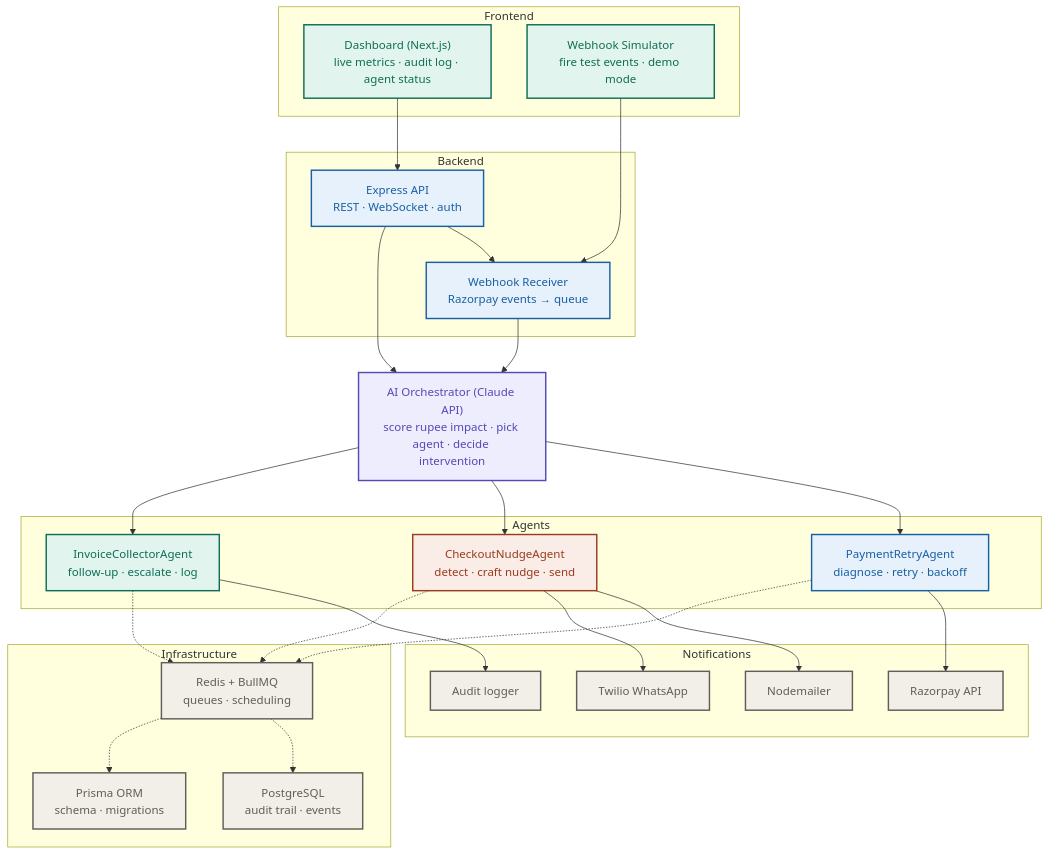
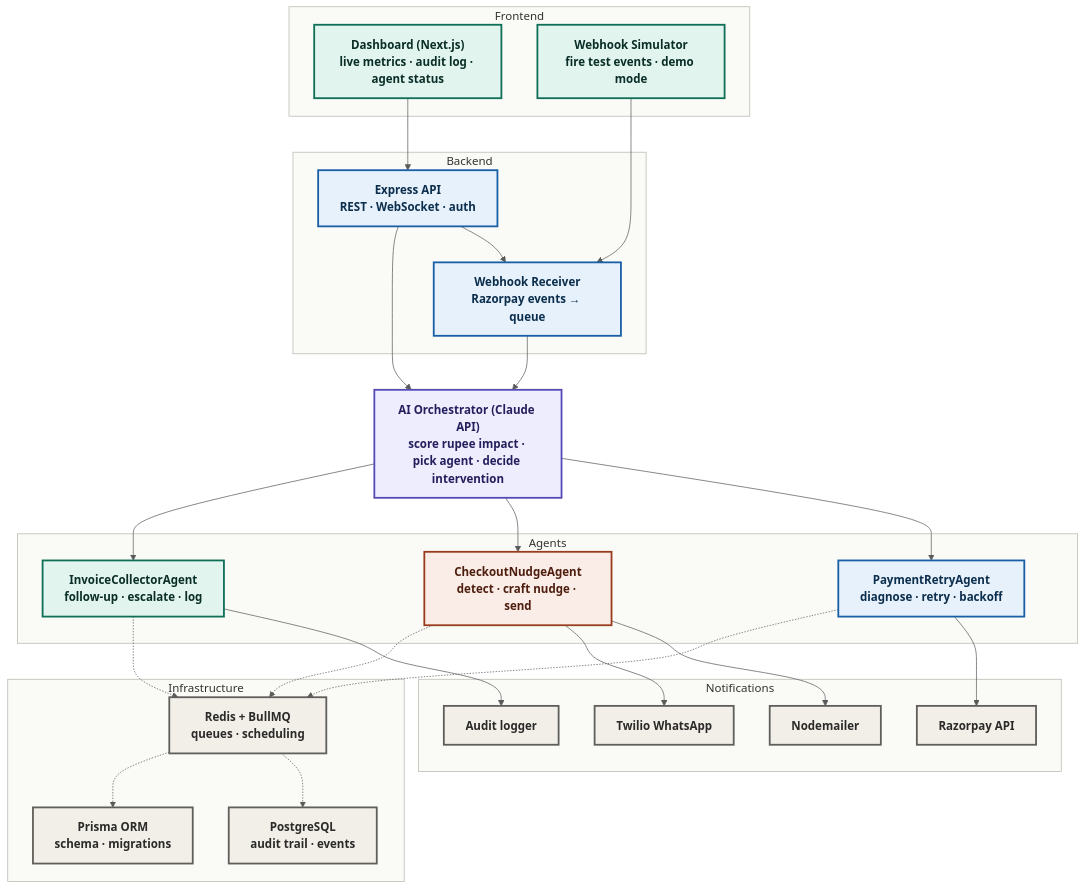
One commit to abhishekck31/RevenueRadar changed the diagram in docs/architecture.mmd. Above: the diagram before and after it, drawn with Mermaid. The commit also changed 1 other file, not shown here.

Commit message:
Improve architecture diagram legibility
Bumps stroke width, uses near-black text colors, and bolds node
titles via classDef font-weight (CSS, not HTML tags — GitHub's
Mermaid renderer runs in a stricter security mode that can strip
raw <b> tags, so this keeps the diagram portable across GitHub,
local rendering, and the Excalidraw Mermaid importer). Adds an
init directive for larger base font size and a higher-contrast
cluster background so the section labels (Frontend, Backend,
Agents, ...) read clearly too. Drops the static PNG embed in
favor of the live-rendered version, since GitHub renders mermaid
fences natively and it stays in sync with the source automatically.

Verified by rendering through @mermaid-js/mermaid-cli after each
change — an early attempt at forcing box order with invisible
~~~ edges broke the clean row layout into a scrambled vertical
stack, so that was reverted in favor of Mermaid's own auto-layout.

Claude-Session: https://claude.ai/code/session_01SEKd4XNXPsVnqrPoX7gLJn

```diff
--- a/docs/architecture.mmd
+++ b/docs/architecture.mmd
@@ -1,68 +1,69 @@
+%%{init: {"flowchart": {"curve": "basis"}, "themeVariables": {"fontSize": "16px", "fontFamily": "Trebuchet MS, Verdana, Arial, sans-serif", "clusterBkg": "#FAFAF7", "clusterBorder": "#B8B5AC", "edgeLabelBackground": "#ffffff", "lineColor": "#5A5A5A"}} }%%
 flowchart TD
     subgraph Frontend["Frontend"]
         Dashboard["Dashboard (Next.js)<br/>live metrics · audit log · agent status"]
         Simulator["Webhook Simulator<br/>fire test events · demo mode"]
     end
 
     subgraph Backend["Backend"]
         API["Express API<br/>REST · WebSocket · auth"]
         Receiver["Webhook Receiver<br/>Razorpay events → queue"]
     end
 
     Orchestrator["AI Orchestrator (Claude API)<br/>score rupee impact · pick agent · decide intervention"]
 
     subgraph Agents["Agents"]
         Payment["PaymentRetryAgent<br/>diagnose · retry · backoff"]
         Checkout["CheckoutNudgeAgent<br/>detect · craft nudge · send"]
         Invoice["InvoiceCollectorAgent<br/>follow-up · escalate · log"]
     end
 
     subgraph Notifications["Notifications"]
         Razorpay["Razorpay API"]
         Mailer["Nodemailer"]
         Twilio["Twilio WhatsApp"]
         AuditLog["Audit logger"]
     end
 
     subgraph Infra["Infrastructure"]
         Postgres["PostgreSQL<br/>audit trail · events"]
         Redis["Redis + BullMQ<br/>queues · scheduling"]
         Prisma["Prisma ORM<br/>schema · migrations"]
     end
 
     Dashboard --> API
     Simulator --> Receiver
     API --> Receiver
     API --> Orchestrator
     Receiver --> Orchestrator
 
     Orchestrator --> Payment
     Orchestrator --> Checkout
     Orchestrator --> Invoice
 
     Payment --> Razorpay
     Checkout --> Mailer
     Checkout --> Twilio
     Invoice --> AuditLog
 
     Payment -.-> Redis
     Checkout -.-> Redis
     Invoice -.-> Redis
     Redis -.-> Postgres
     Redis -.-> Prisma
 
-    classDef frontend fill:#E1F5EE,stroke:#0F6E56,stroke-width:2px,color:#0F6E56;
-    classDef backend fill:#E6F1FB,stroke:#185FA5,stroke-width:2px,color:#185FA5;
-    classDef orch fill:#EEEDFE,stroke:#534AB7,stroke-width:2px,color:#534AB7;
-    classDef payment fill:#E6F1FB,stroke:#185FA5,stroke-width:2px,color:#185FA5;
-    classDef checkout fill:#FAECE7,stroke:#993C1D,stroke-width:2px,color:#993C1D;
-    classDef invoice fill:#E1F5EE,stroke:#0F6E56,stroke-width:2px,color:#0F6E56;
-    classDef infra fill:#F1EFE8,stroke:#5F5E5A,stroke-width:2px,color:#5F5E5A;
+    classDef frontend fill:#E1F5EE,stroke:#0F6E56,stroke-width:2.5px,color:#0A2E27,font-weight:bold;
+    classDef backend fill:#E6F1FB,stroke:#185FA5,stroke-width:2.5px,color:#0C2E4D,font-weight:bold;
+    classDef orch fill:#EEEDFE,stroke:#534AB7,stroke-width:2.5px,color:#241F5C,font-weight:bold;
+    classDef payment fill:#E6F1FB,stroke:#185FA5,stroke-width:2.5px,color:#0C2E4D,font-weight:bold;
+    classDef checkout fill:#FAECE7,stroke:#993C1D,stroke-width:2.5px,color:#4D1E0E,font-weight:bold;
+    classDef invoice fill:#E1F5EE,stroke:#0F6E56,stroke-width:2.5px,color:#0A2E27,font-weight:bold;
+    classDef infra fill:#F1EFE8,stroke:#5F5E5A,stroke-width:2.5px,color:#2B2A28,font-weight:bold;
 
     class Dashboard,Simulator frontend;
     class API,Receiver backend;
     class Orchestrator orch;
     class Payment payment;
     class Checkout checkout;
     class Invoice invoice;
     class Razorpay,Mailer,Twilio,AuditLog,Postgres,Redis,Prisma infra;
```
